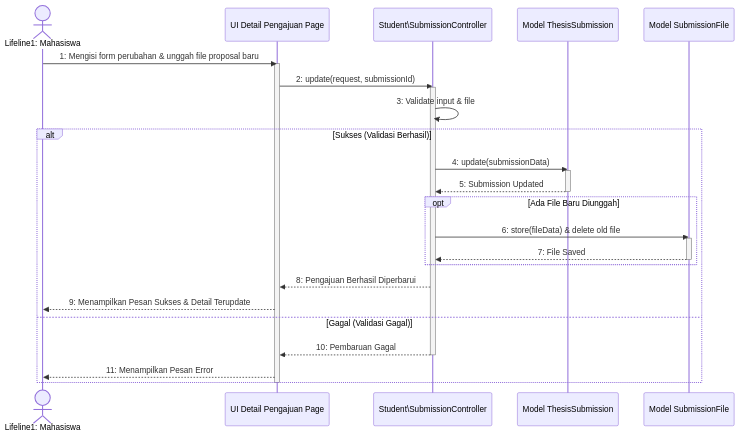
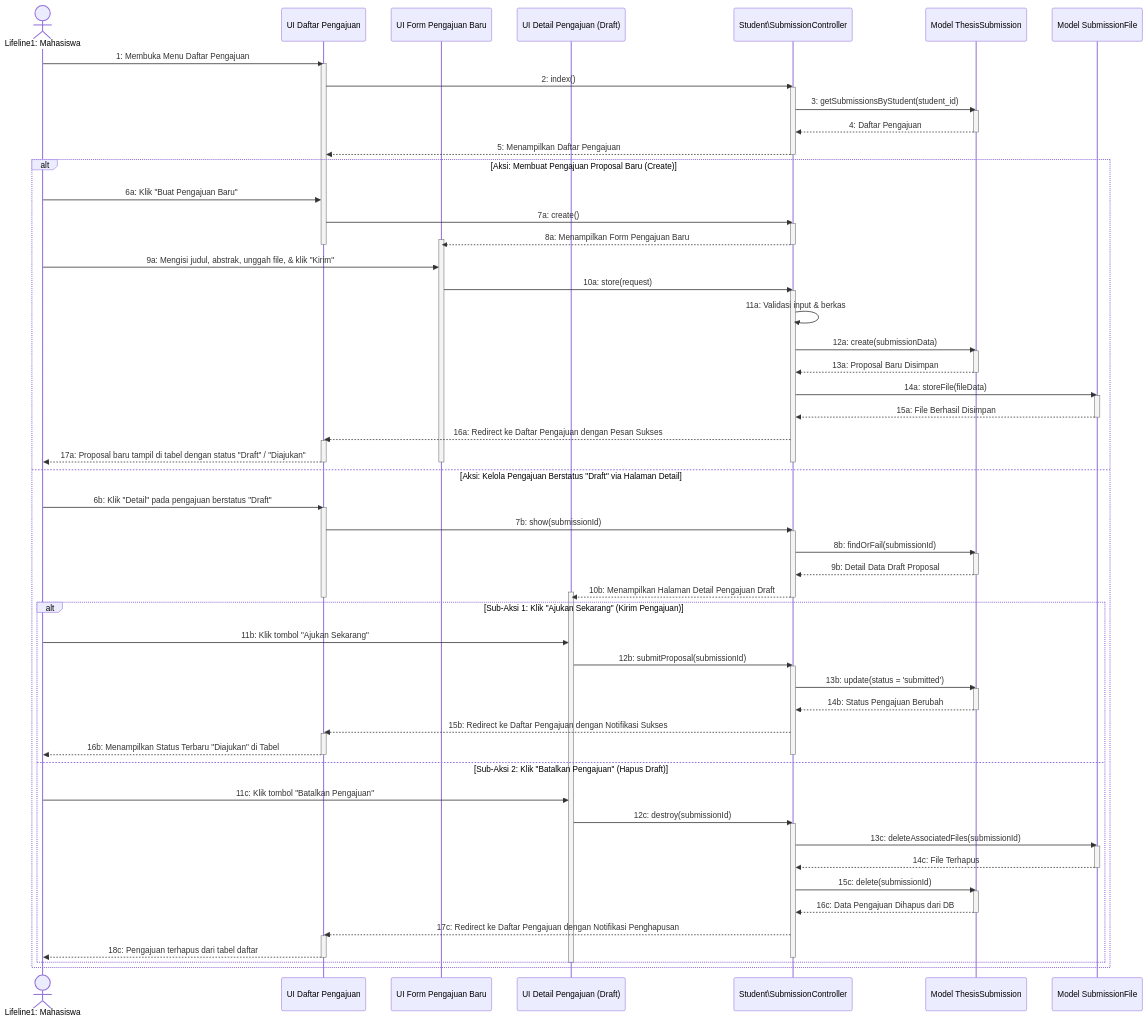
The diagram in docs/uml/Sequence Diagram/Mahasiswa/sequence_diagram_kelola_detail_pengajuan.md (Duandi04/ta_submission), drawn with Mermaid before and after one commit. The commit also changed 28 other files, not shown here.

Commit message:
refactor: implement program study settings and update UML documentation for Kaprodi configuration

````diff
--- a/docs/uml/Sequence Diagram/Mahasiswa/sequence_diagram_kelola_detail_pengajuan.md
+++ b/docs/uml/Sequence Diagram/Mahasiswa/sequence_diagram_kelola_detail_pengajuan.md
@@ -5,36 +5,100 @@
 ```mermaid
 sequenceDiagram
     actor Mahasiswa as Lifeline1: Mahasiswa
-    participant UI as UI Detail Pengajuan Page
+    participant UI_List as UI Daftar Pengajuan
+    participant UI_Form as UI Form Pengajuan Baru
+    participant UI_Detail as UI Detail Pengajuan (Draft)
     participant Ctrl as Student\SubmissionController
     participant M_Submission as Model ThesisSubmission
     participant M_File as Model SubmissionFile
 
-    Mahasiswa->>UI: 1: Mengisi form perubahan & unggah file proposal baru
-    activate UI
-    UI->>Ctrl: 2: update(request, submissionId)
+    %% TAHAP AWAL: MEMBUKA DAFTAR PENGAJUAN
+    Mahasiswa->>UI_List: 1: Membuka Menu Daftar Pengajuan
+    activate UI_List
+    UI_List->>Ctrl: 2: index()
     activate Ctrl
-    Ctrl->>Ctrl: 3: Validate input & file
-    
-    alt Sukses (Validasi Berhasil)
-        Ctrl->>M_Submission: 4: update(submissionData)
+    Ctrl->>M_Submission: 3: getSubmissionsByStudent(student_id)
+    activate M_Submission
+    M_Submission-->>Ctrl: 4: Daftar Pengajuan
+    deactivate M_Submission
+    Ctrl-->>UI_List: 5: Menampilkan Daftar Pengajuan
+    deactivate Ctrl
+
+    %% ALIRAN PILIHAN TINDAKAN
+    alt Aksi: Membuat Pengajuan Proposal Baru (Create)
+        Mahasiswa->>UI_List: 6a: Klik "Buat Pengajuan Baru"
+        UI_List->>Ctrl: 7a: create()
+        activate Ctrl
+        Ctrl-->>UI_Form: 8a: Menampilkan Form Pengajuan Baru
+        deactivate Ctrl
+        activate UI_Form
+        deactivate UI_List
+
+        Mahasiswa->>UI_Form: 9a: Mengisi judul, abstrak, unggah file, & klik "Kirim"
+        UI_Form->>Ctrl: 10a: store(request)
+        activate Ctrl
+        Ctrl->>Ctrl: 11a: Validasi input & berkas
+        Ctrl->>M_Submission: 12a: create(submissionData)
         activate M_Submission
-        M_Submission-->>Ctrl: 5: Submission Updated
+        M_Submission-->>Ctrl: 13a: Proposal Baru Disimpan
         deactivate M_Submission
-        
-        opt Ada File Baru Diunggah
-            Ctrl->>M_File: 6: store(fileData) & delete old file
+        Ctrl->>M_File: 14a: storeFile(fileData)
+        activate M_File
+        M_File-->>Ctrl: 15a: File Berhasil Disimpan
+        deactivate M_File
+        Ctrl-->>UI_List: 16a: Redirect ke Daftar Pengajuan dengan Pesan Sukses
+        activate UI_List
+        UI_List-->>Mahasiswa: 17a: Proposal baru tampil di tabel dengan status "Draft" / "Diajukan"
+        deactivate UI_List
+        deactivate Ctrl
+        deactivate UI_Form
+
+    else Aksi: Kelola Pengajuan Berstatus "Draft" via Halaman Detail
+        Mahasiswa->>UI_List: 6b: Klik "Detail" pada pengajuan berstatus "Draft"
+        activate UI_List
+        UI_List->>Ctrl: 7b: show(submissionId)
+        activate Ctrl
+        Ctrl->>M_Submission: 8b: findOrFail(submissionId)
+        activate M_Submission
+        M_Submission-->>Ctrl: 9b: Detail Data Draft Proposal
+        deactivate M_Submission
+        Ctrl-->>UI_Detail: 10b: Menampilkan Halaman Detail Pengajuan Draft
+        deactivate Ctrl
+        activate UI_Detail
+        deactivate UI_List
+
+        alt Sub-Aksi 1: Klik "Ajukan Sekarang" (Kirim Pengajuan)
+            Mahasiswa->>UI_Detail: 11b: Klik tombol "Ajukan Sekarang"
+            UI_Detail->>Ctrl: 12b: submitProposal(submissionId)
+            activate Ctrl
+            Ctrl->>M_Submission: 13b: update(status = 'submitted')
+            activate M_Submission
+            M_Submission-->>Ctrl: 14b: Status Pengajuan Berubah
+            deactivate M_Submission
+            Ctrl-->>UI_List: 15b: Redirect ke Daftar Pengajuan dengan Notifikasi Sukses
+            activate UI_List
+            UI_List-->>Mahasiswa: 16b: Menampilkan Status Terbaru "Diajukan" di Tabel
+            deactivate UI_List
+            deactivate Ctrl
+
+        else Sub-Aksi 2: Klik "Batalkan Pengajuan" (Hapus Draft)
+            Mahasiswa->>UI_Detail: 11c: Klik tombol "Batalkan Pengajuan"
+            UI_Detail->>Ctrl: 12c: destroy(submissionId)
+            activate Ctrl
+            Ctrl->>M_File: 13c: deleteAssociatedFiles(submissionId)
             activate M_File
-            M_File-->>Ctrl: 7: File Saved
+            M_File-->>Ctrl: 14c: File Terhapus
             deactivate M_File
+            Ctrl->>M_Submission: 15c: delete(submissionId)
+            activate M_Submission
+            M_Submission-->>Ctrl: 16c: Data Pengajuan Dihapus dari DB
+            deactivate M_Submission
+            Ctrl-->>UI_List: 17c: Redirect ke Daftar Pengajuan dengan Notifikasi Penghapusan
+            activate UI_List
+            UI_List-->>Mahasiswa: 18c: Pengajuan terhapus dari tabel daftar
+            deactivate UI_List
+            deactivate Ctrl
         end
-        
-        Ctrl-->>UI: 8: Pengajuan Berhasil Diperbarui
-        UI-->>Mahasiswa: 9: Menampilkan Pesan Sukses & Detail Terupdate
-    else Gagal (Validasi Gagal)
-        Ctrl-->>UI: 10: Pembaruan Gagal
-        deactivate Ctrl
-        UI-->>Mahasiswa: 11: Menampilkan Pesan Error
+        deactivate UI_Detail
     end
-    deactivate UI
 ```
````
